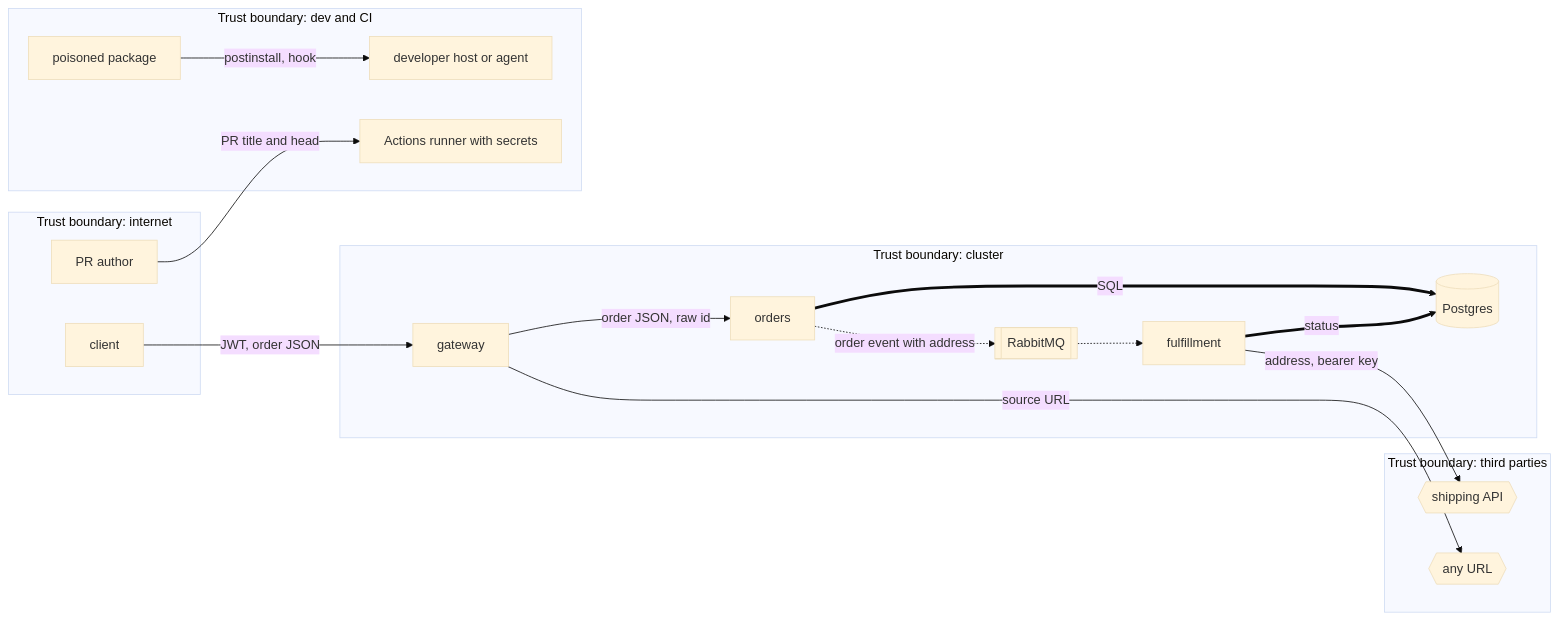
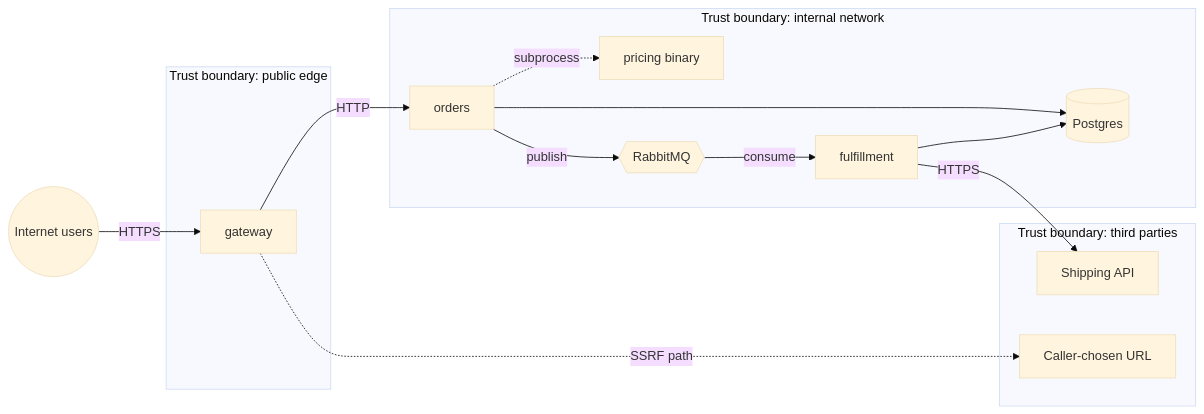
The diagram in examples/sample-output/system/threat-model.md (RndU53r/Code-Knowledge-Builder), drawn with Mermaid (base theme) before and after one commit. The commit also changed other lines of this file and 134 other files, not shown here.

````diff
--- a/examples/sample-output/system/threat-model.md
+++ b/examples/sample-output/system/threat-model.md
@@ -57,33 +67,27 @@
 ```mermaid
 flowchart LR
-  subgraph TB1["Trust boundary: internet"]
-    U["client"]
-    PRA["PR author"]
+  U(("Internet users"))
+  subgraph TB_edge["Trust boundary: public edge"]
+    N1["gateway"]
   end
-  subgraph TB2["Trust boundary: cluster"]
-    GW["gateway"]
-    OR["orders"]
-    FU["fulfillment"]
-    MQ[["RabbitMQ"]]
-    DB[("Postgres")]
+  subgraph TB_internal["Trust boundary: internal network"]
+    N2["orders"]
+    N3["fulfillment"]
+    N4["pricing binary"]
+    N5[("Postgres")]
+    N6{{"RabbitMQ"}}
   end
-  subgraph TB4["Trust boundary: third parties"]
-    SH{{"shipping API"}}
-    AX{{"any URL"}}
+  subgraph TB_third["Trust boundary: third parties"]
+    N7["Shipping API"]
+    N8["Caller-chosen URL"]
   end
-  subgraph TB6["Trust boundary: dev and CI"]
-    DEV["developer host or agent"]
-    CI["Actions runner with secrets"]
-    PZ["poisoned package"]
-  end
-  U -->|"JWT, order JSON"| GW
-  GW -->|"order JSON, raw id"| OR
-  GW -->|"source URL"| AX
-  OR ==>|"SQL"| DB
-  OR -.->|"order event with address"| MQ
-  MQ -.-> FU
-  FU ==>|"status"| DB
-  FU -->|"address, bearer key"| SH
-  PZ -->|"postinstall, hook"| DEV
-  PRA -->|"PR title and head"| CI
+  U -->|"HTTPS"| N1
+  N1 -->|"HTTP"| N2
+  N2 -.->|"subprocess"| N4
+  N2 --> N5
+  N2 -->|"publish"| N6
+  N6 -->|"consume"| N3
+  N3 --> N5
+  N3 -->|"HTTPS"| N7
+  N1 -.->|"SSRF path"| N8
 ```
````
